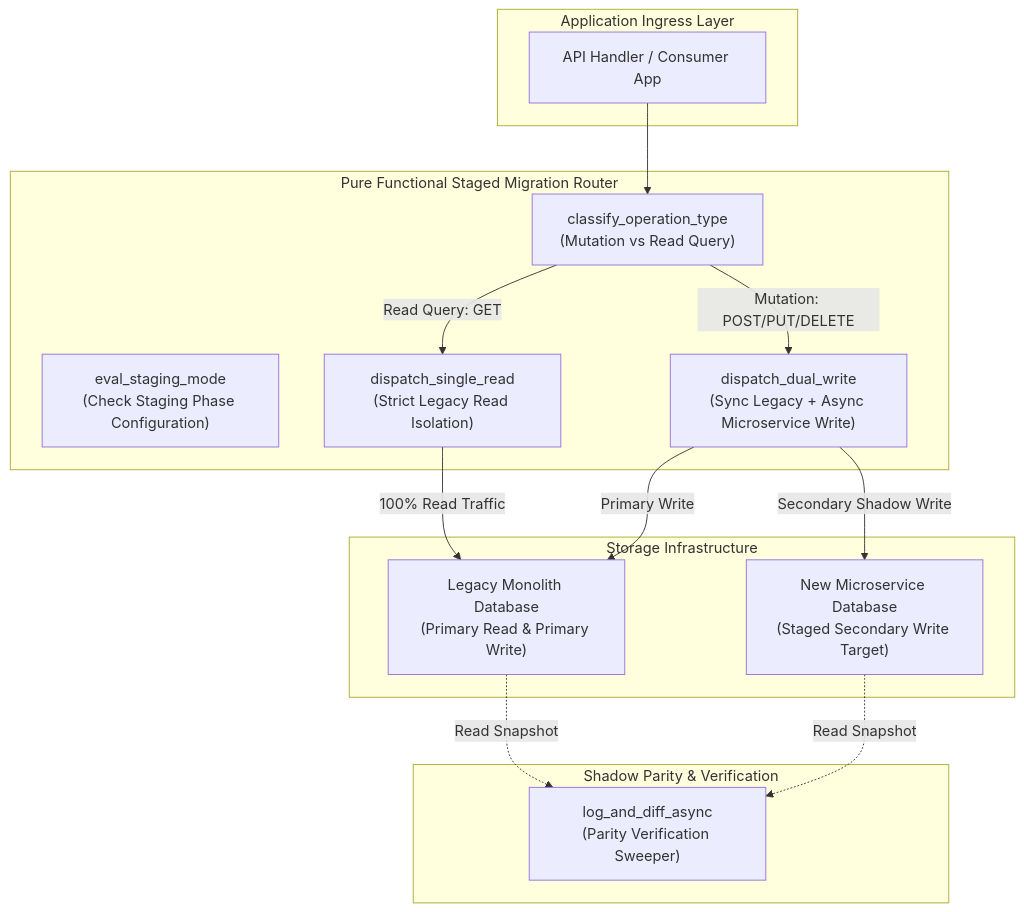
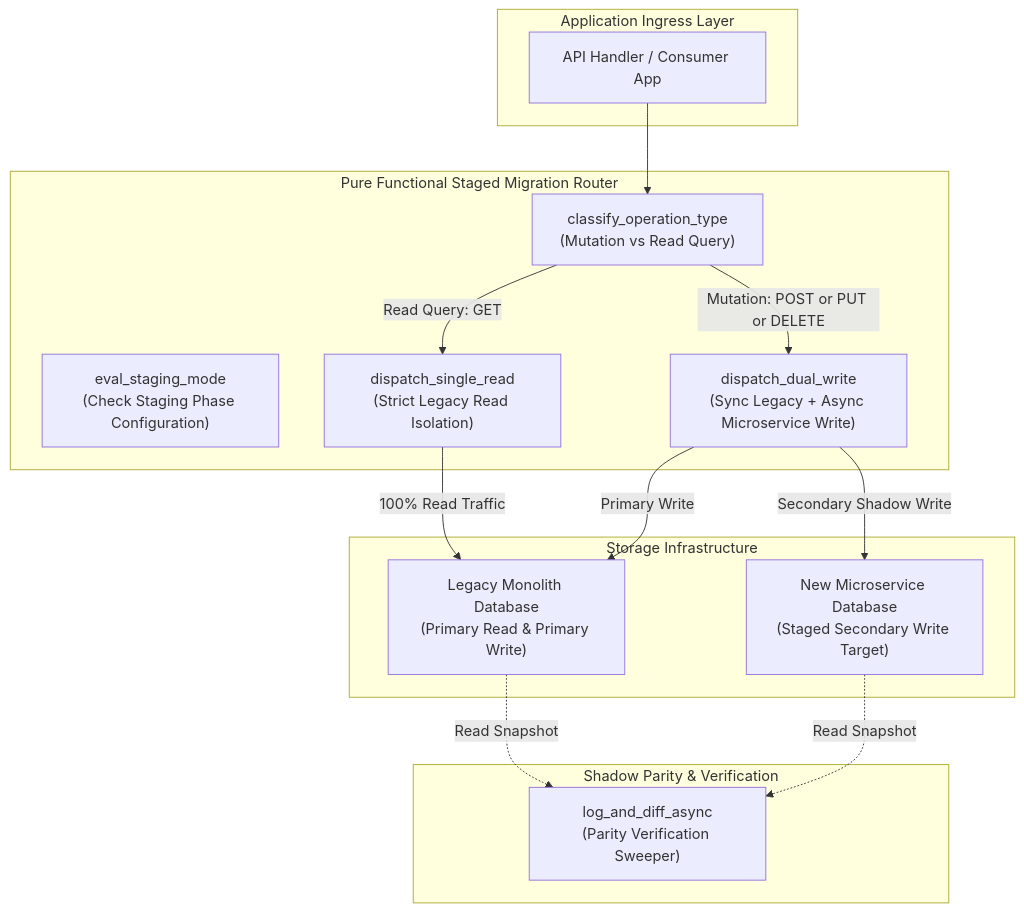
Before and after one commit to Chief-Strategist-J/llm-observability-platform: the first of 2 diagrams in notebooks/runbooks/refs/09-migration-bridges-and-sync/dual-write-single-read.md, drawn with Mermaid. The commit also changed 35 other files, not shown here.

Commit message:
fix(docs): resolve sequence diagram message label syntax errors across runbook suite

````diff
--- a/notebooks/runbooks/refs/09-migration-bridges-and-sync/dual-write-single-read.md
+++ b/notebooks/runbooks/refs/09-migration-bridges-and-sync/dual-write-single-read.md
@@ -28,32 +28,32 @@
 ```mermaid
 flowchart TD
     subgraph ClientLayer["Application Ingress Layer"]
         ClientConsumer["API Handler / Consumer App"]
     end
 
     subgraph StagingRouter["Pure Functional Staged Migration Router"]
         OperationClassifier["classify_operation_type\n(Mutation vs Read Query)"]
         StagingEvaluator["eval_staging_mode\n(Check Staging Phase Configuration)"]
         DualWriteDispatcher["dispatch_dual_write\n(Sync Legacy + Async Microservice Write)"]
         SingleReadDispatcher["dispatch_single_read\n(Strict Legacy Read Isolation)"]
 
         ClientConsumer --> OperationClassifier
-        OperationClassifier -->|Mutation: POST/PUT/DELETE| DualWriteDispatcher
+        OperationClassifier -->|Mutation: POST or PUT or DELETE| DualWriteDispatcher
         OperationClassifier -->|Read Query: GET| SingleReadDispatcher
     end
 
     subgraph StorageBackends["Storage Infrastructure"]
         LegacyDB["Legacy Monolith Database\n(Primary Read & Primary Write)"]
         NewMicroserviceDB["New Microservice Database\n(Staged Secondary Write Target)"]
 
         SingleReadDispatcher -->|100% Read Traffic| LegacyDB
         DualWriteDispatcher -->|Primary Write| LegacyDB
         DualWriteDispatcher -->|Secondary Shadow Write| NewMicroserviceDB
     end
 
     subgraph ParityAudit["Shadow Parity & Verification"]
         ShadowDiffer["log_and_diff_async\n(Parity Verification Sweeper)"]
         LegacyDB -.->|Read Snapshot| ShadowDiffer
         NewMicroserviceDB -.->|Read Snapshot| ShadowDiffer
     end
 ```
````
